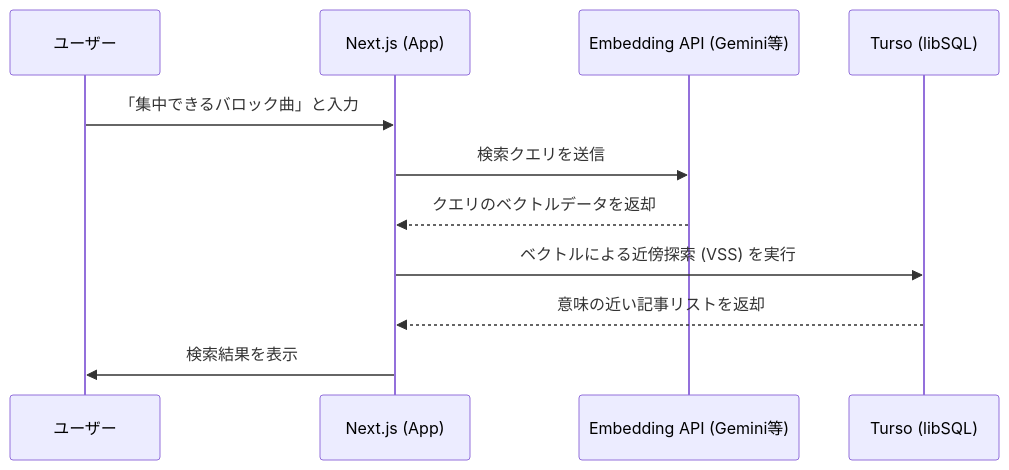
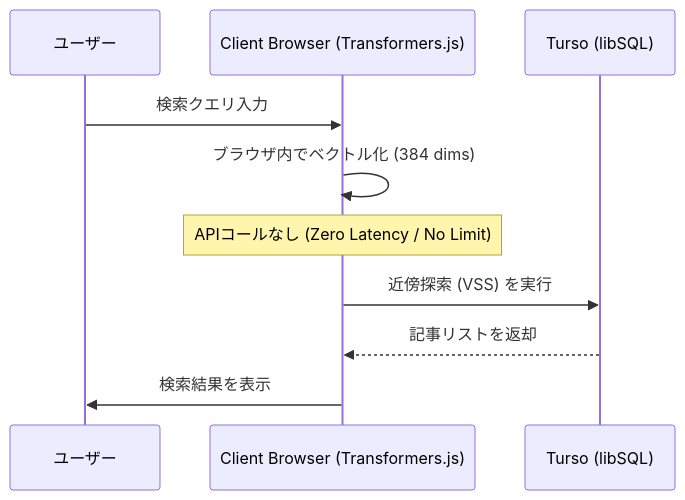
One commit to preludio-lab/preludio-lab changed the third of 3 diagrams in docs/05_design/database-schema.md. Above: the diagram before and after it, drawn with Mermaid. The commit also changed other lines of this file, not shown here.

Commit message:
docs: adopt OSS model for scalable vector search architecture

````diff
--- a/docs/05_design/database-schema.md
+++ b/docs/05_design/database-schema.md
@@ -156,14 +155,13 @@
 ```mermaid
 sequenceDiagram
     participant User as ユーザー
-    participant UI as Next.js (App)
-    participant AI as Embedding API (Gemini等)
+    participant Client as Client Browser (Transformers.js)
     participant DB as Turso (libSQL)
 
-    User->>UI: 「集中できるバロック曲」と入力
-    UI->>AI: 検索クエリを送信
-    AI-->>UI: クエリのベクトルデータを返却
-    UI->>DB: ベクトルによる近傍探索 (VSS) を実行
-    DB-->>UI: 意味の近い記事リストを返却
-    UI->>User: 検索結果を表示
+    User->>Client: 検索クエリ入力
+    Client->>Client: ブラウザ内でベクトル化 (384 dims)
+    Note over Client: APIコールなし (Zero Latency / No Limit)
+    Client->>DB: 近傍探索 (VSS) を実行
+    DB-->>Client: 記事リストを返却
+    Client->>User: 検索結果を表示
 ```
````
